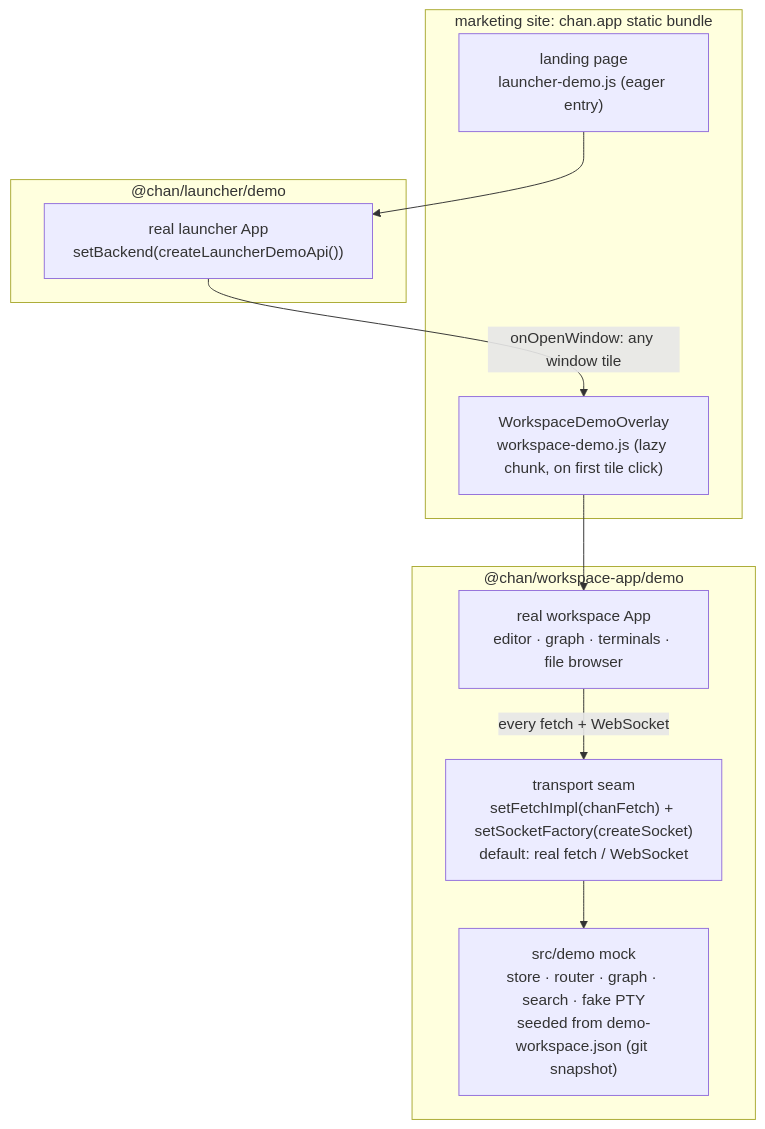
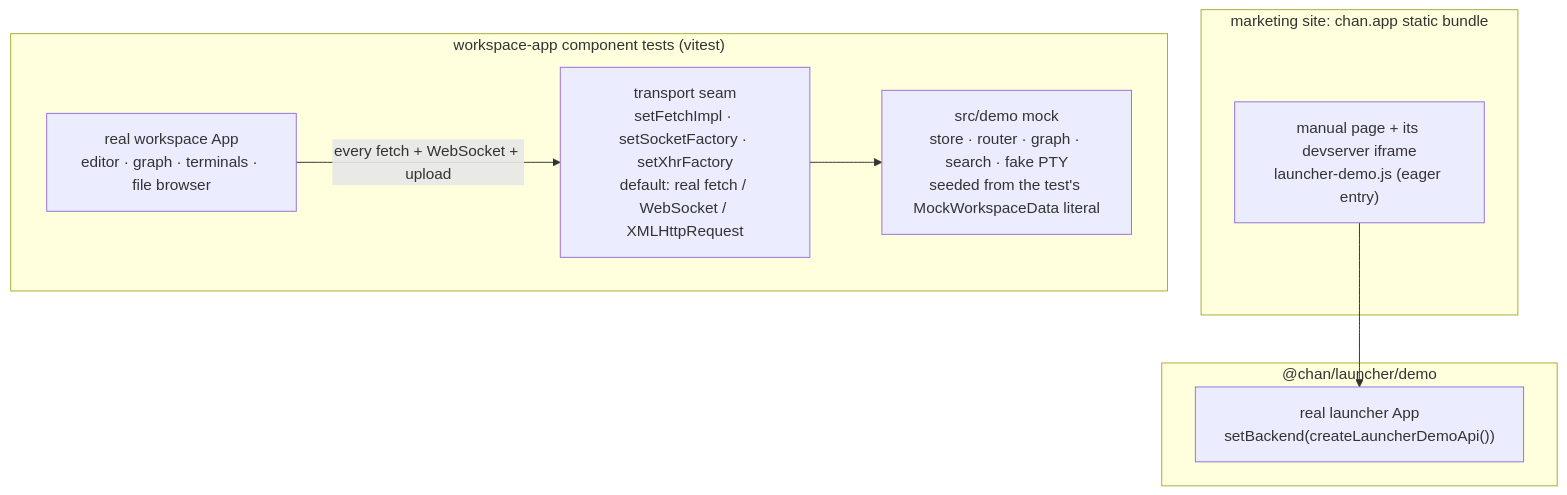
Before and after one commit to fiorix/chan: the second of 3 diagrams in web/packages/workspace-app/src/design.md, drawn with Mermaid. The commit also changed other lines of this file and 6 other files, not shown here.

First line of the commit message:
chore(web): drop the workspace app's demo page and package exports

````diff
--- a/web/packages/workspace-app/src/design.md
+++ b/web/packages/workspace-app/src/design.md
@@ -53,20 +51,17 @@
 ```mermaid
 flowchart TB
     subgraph site["marketing site: chan.app static bundle"]
-        HOME["landing page<br/>launcher-demo.js (eager entry)"]
-        OVL["WorkspaceDemoOverlay<br/>workspace-demo.js (lazy chunk, on first tile click)"]
+        MAN["manual page + its devserver iframe<br/>launcher-demo.js (eager entry)"]
     end
     subgraph ldemo["@chan/launcher/demo"]
         L["real launcher App<br/>setBackend(createLauncherDemoApi())"]
     end
-    subgraph wdemo["@chan/workspace-app/demo"]
+    subgraph tests["workspace-app component tests (vitest)"]
         W["real workspace App<br/>editor · graph · terminals · file browser"]
-        SEAM["transport seam<br/>setFetchImpl(chanFetch) + setSocketFactory(createSocket)<br/>default: real fetch / WebSocket"]
-        MOCK["src/demo mock<br/>store · router · graph · search · fake PTY<br/>seeded from demo-workspace.json (git snapshot)"]
+        SEAM["transport seam<br/>setFetchImpl · setSocketFactory · setXhrFactory<br/>default: real fetch / WebSocket / XMLHttpRequest"]
+        MOCK["src/demo mock<br/>store · router · graph · search · fake PTY<br/>seeded from the test's MockWorkspaceData literal"]
     end
-    HOME --> L
-    L -->|onOpenWindow: any window tile| OVL
-    OVL --> W
-    W -->|every fetch + WebSocket| SEAM
+    MAN --> L
+    W -->|every fetch + WebSocket + upload| SEAM
     SEAM --> MOCK
 ```
````
